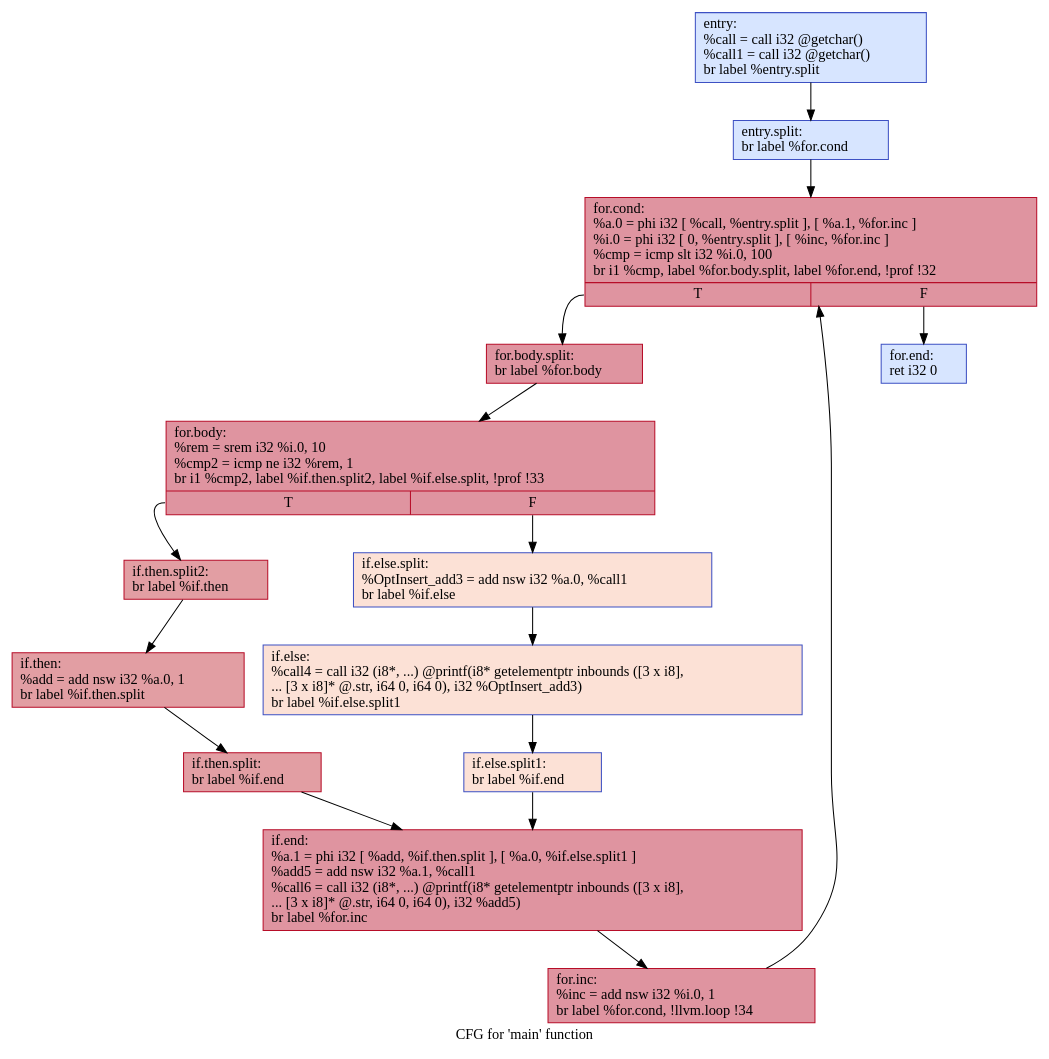
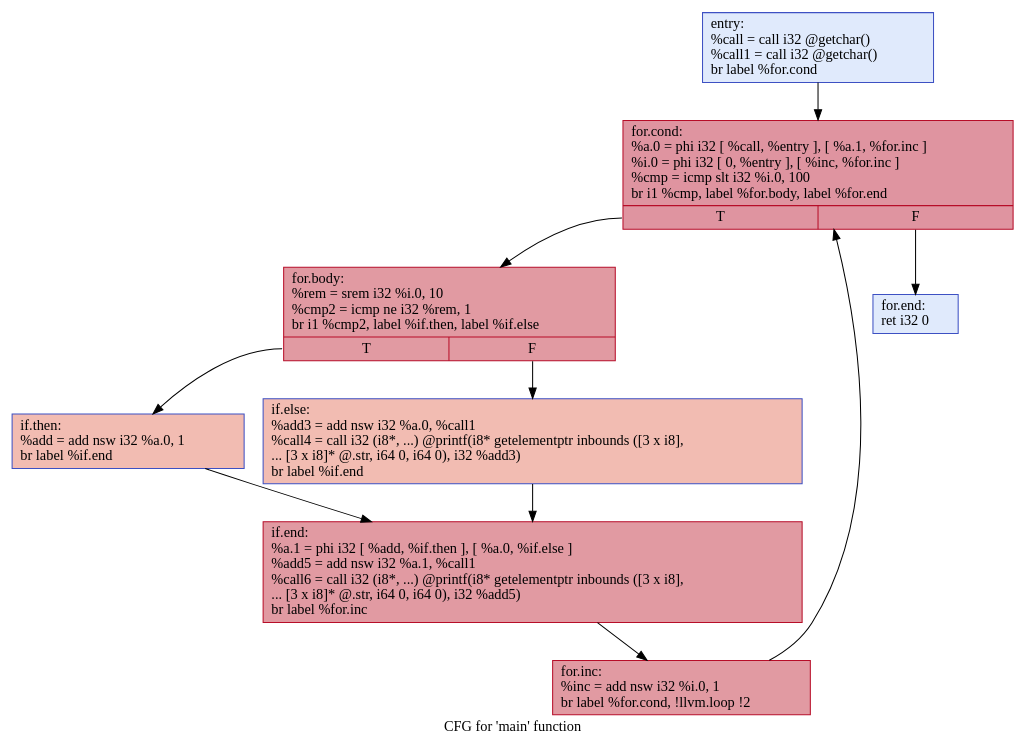
One commit to GGLeod/Speculation-Based-GVNPRE changed the diagram in visual/.main.dot. Above: the diagram before and after it, drawn with Graphviz. The commit also changed 38 other files, not shown here.

```diff
--- a/visual/.main.dot
+++ b/visual/.main.dot
@@ -1,33 +1,21 @@
 digraph "CFG for 'main' function" {
 	label="CFG for 'main' function";
 
-	Node0x564414811640 [shape=record,color="#3d50c3ff", style=filled, fillcolor="#a5c3fe70",label="{entry:\l  %call = call i32 @getchar()\l  %call1 = call i32 @getchar()\l  br label %entry.split\l}"];
-	Node0x564414811640 -> Node0x564414820880;
-	Node0x564414820880 [shape=record,color="#3d50c3ff", style=filled, fillcolor="#a5c3fe70",label="{entry.split:                                      \l  br label %for.cond\l}"];
-	Node0x564414820880 -> Node0x5644148208d0;
-	Node0x5644148208d0 [shape=record,color="#b70d28ff", style=filled, fillcolor="#b70d2870",label="{for.cond:                                         \l  %a.0 = phi i32 [ %call, %entry.split ], [ %a.1, %for.inc ]\l  %i.0 = phi i32 [ 0, %entry.split ], [ %inc, %for.inc ]\l  %cmp = icmp slt i32 %i.0, 100\l  br i1 %cmp, label %for.body.split, label %for.end, !prof !32\l|{<s0>T|<s1>F}}"];
-	Node0x5644148208d0:s0 -> Node0x564414820920;
-	Node0x5644148208d0:s1 -> Node0x564414820c40;
-	Node0x564414820920 [shape=record,color="#b70d28ff", style=filled, fillcolor="#b70d2870",label="{for.body.split:                                   \l  br label %for.body\l}"];
-	Node0x564414820920 -> Node0x564414820970;
-	Node0x564414820970 [shape=record,color="#b70d28ff", style=filled, fillcolor="#b70d2870",label="{for.body:                                         \l  %rem = srem i32 %i.0, 10\l  %cmp2 = icmp ne i32 %rem, 1\l  br i1 %cmp2, label %if.then.split2, label %if.else.split, !prof !33\l|{<s0>T|<s1>F}}"];
-	Node0x564414820970:s0 -> Node0x5644148209c0;
-	Node0x564414820970:s1 -> Node0x564414820ab0;
-	Node0x5644148209c0 [shape=record,color="#b70d28ff", style=filled, fillcolor="#be242e70",label="{if.then.split2:                                   \l  br label %if.then\l}"];
-	Node0x5644148209c0 -> Node0x564414820a10;
-	Node0x564414820a10 [shape=record,color="#b70d28ff", style=filled, fillcolor="#be242e70",label="{if.then:                                          \l  %add = add nsw i32 %a.0, 1\l  br label %if.then.split\l}"];
-	Node0x564414820a10 -> Node0x564414820a60;
-	Node0x564414820a60 [shape=record,color="#b70d28ff", style=filled, fillcolor="#be242e70",label="{if.then.split:                                    \l  br label %if.end\l}"];
-	Node0x564414820a60 -> Node0x564414820ba0;
-	Node0x564414820ab0 [shape=record,color="#3d50c3ff", style=filled, fillcolor="#f7bca170",label="{if.else.split:                                    \l  %OptInsert_add3 = add nsw i32 %a.0, %call1\l  br label %if.else\l}"];
-	Node0x564414820ab0 -> Node0x564414820b00;
-	Node0x564414820b00 [shape=record,color="#3d50c3ff", style=filled, fillcolor="#f7bca170",label="{if.else:                                          \l  %call4 = call i32 (i8*, ...) @printf(i8* getelementptr inbounds ([3 x i8],\l... [3 x i8]* @.str, i64 0, i64 0), i32 %OptInsert_add3)\l  br label %if.else.split1\l}"];
-	Node0x564414820b00 -> Node0x564414820b50;
-	Node0x564414820b50 [shape=record,color="#3d50c3ff", style=filled, fillcolor="#f7bca170",label="{if.else.split1:                                   \l  br label %if.end\l}"];
-	Node0x564414820b50 -> Node0x564414820ba0;
-	Node0x564414820ba0 [shape=record,color="#b70d28ff", style=filled, fillcolor="#b70d2870",label="{if.end:                                           \l  %a.1 = phi i32 [ %add, %if.then.split ], [ %a.0, %if.else.split1 ]\l  %add5 = add nsw i32 %a.1, %call1\l  %call6 = call i32 (i8*, ...) @printf(i8* getelementptr inbounds ([3 x i8],\l... [3 x i8]* @.str, i64 0, i64 0), i32 %add5)\l  br label %for.inc\l}"];
-	Node0x564414820ba0 -> Node0x564414820bf0;
-	Node0x564414820bf0 [shape=record,color="#b70d28ff", style=filled, fillcolor="#b70d2870",label="{for.inc:                                          \l  %inc = add nsw i32 %i.0, 1\l  br label %for.cond, !llvm.loop !34\l}"];
-	Node0x564414820bf0 -> Node0x5644148208d0;
-	Node0x564414820c40 [shape=record,color="#3d50c3ff", style=filled, fillcolor="#a5c3fe70",label="{for.end:                                          \l  ret i32 0\l}"];
+	Node0x5581eef5d300 [shape=record,color="#3d50c3ff", style=filled, fillcolor="#b9d0f970",label="{entry:\l  %call = call i32 @getchar()\l  %call1 = call i32 @getchar()\l  br label %for.cond\l}"];
+	Node0x5581eef5d300 -> Node0x5581eef5d350;
+	Node0x5581eef5d350 [shape=record,color="#b70d28ff", style=filled, fillcolor="#b70d2870",label="{for.cond:                                         \l  %a.0 = phi i32 [ %call, %entry ], [ %a.1, %for.inc ]\l  %i.0 = phi i32 [ 0, %entry ], [ %inc, %for.inc ]\l  %cmp = icmp slt i32 %i.0, 100\l  br i1 %cmp, label %for.body, label %for.end\l|{<s0>T|<s1>F}}"];
+	Node0x5581eef5d350:s0 -> Node0x5581eef5d3a0;
+	Node0x5581eef5d350:s1 -> Node0x5581eef5d530;
+	Node0x5581eef5d3a0 [shape=record,color="#b70d28ff", style=filled, fillcolor="#bb1b2c70",label="{for.body:                                         \l  %rem = srem i32 %i.0, 10\l  %cmp2 = icmp ne i32 %rem, 1\l  br i1 %cmp2, label %if.then, label %if.else\l|{<s0>T|<s1>F}}"];
+	Node0x5581eef5d3a0:s0 -> Node0x5581eef5d3f0;
+	Node0x5581eef5d3a0:s1 -> Node0x5581eef5d440;
+	Node0x5581eef5d3f0 [shape=record,color="#3d50c3ff", style=filled, fillcolor="#e1675170",label="{if.then:                                          \l  %add = add nsw i32 %a.0, 1\l  br label %if.end\l}"];
+	Node0x5581eef5d3f0 -> Node0x5581eef5d490;
+	Node0x5581eef5d440 [shape=record,color="#3d50c3ff", style=filled, fillcolor="#e1675170",label="{if.else:                                          \l  %add3 = add nsw i32 %a.0, %call1\l  %call4 = call i32 (i8*, ...) @printf(i8* getelementptr inbounds ([3 x i8],\l... [3 x i8]* @.str, i64 0, i64 0), i32 %add3)\l  br label %if.end\l}"];
+	Node0x5581eef5d440 -> Node0x5581eef5d490;
+	Node0x5581eef5d490 [shape=record,color="#b70d28ff", style=filled, fillcolor="#bb1b2c70",label="{if.end:                                           \l  %a.1 = phi i32 [ %add, %if.then ], [ %a.0, %if.else ]\l  %add5 = add nsw i32 %a.1, %call1\l  %call6 = call i32 (i8*, ...) @printf(i8* getelementptr inbounds ([3 x i8],\l... [3 x i8]* @.str, i64 0, i64 0), i32 %add5)\l  br label %for.inc\l}"];
+	Node0x5581eef5d490 -> Node0x5581eef5d4e0;
+	Node0x5581eef5d4e0 [shape=record,color="#b70d28ff", style=filled, fillcolor="#bb1b2c70",label="{for.inc:                                          \l  %inc = add nsw i32 %i.0, 1\l  br label %for.cond, !llvm.loop !2\l}"];
+	Node0x5581eef5d4e0 -> Node0x5581eef5d350;
+	Node0x5581eef5d530 [shape=record,color="#3d50c3ff", style=filled, fillcolor="#b9d0f970",label="{for.end:                                          \l  ret i32 0\l}"];
 }
```
